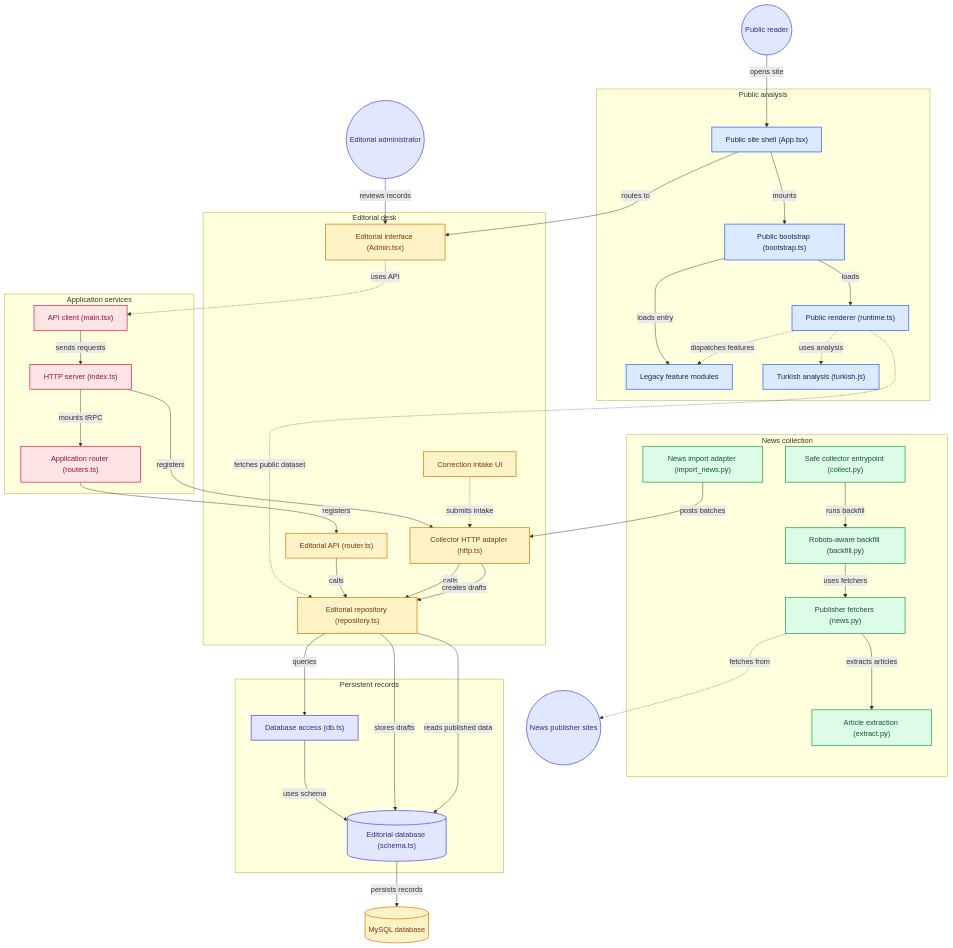
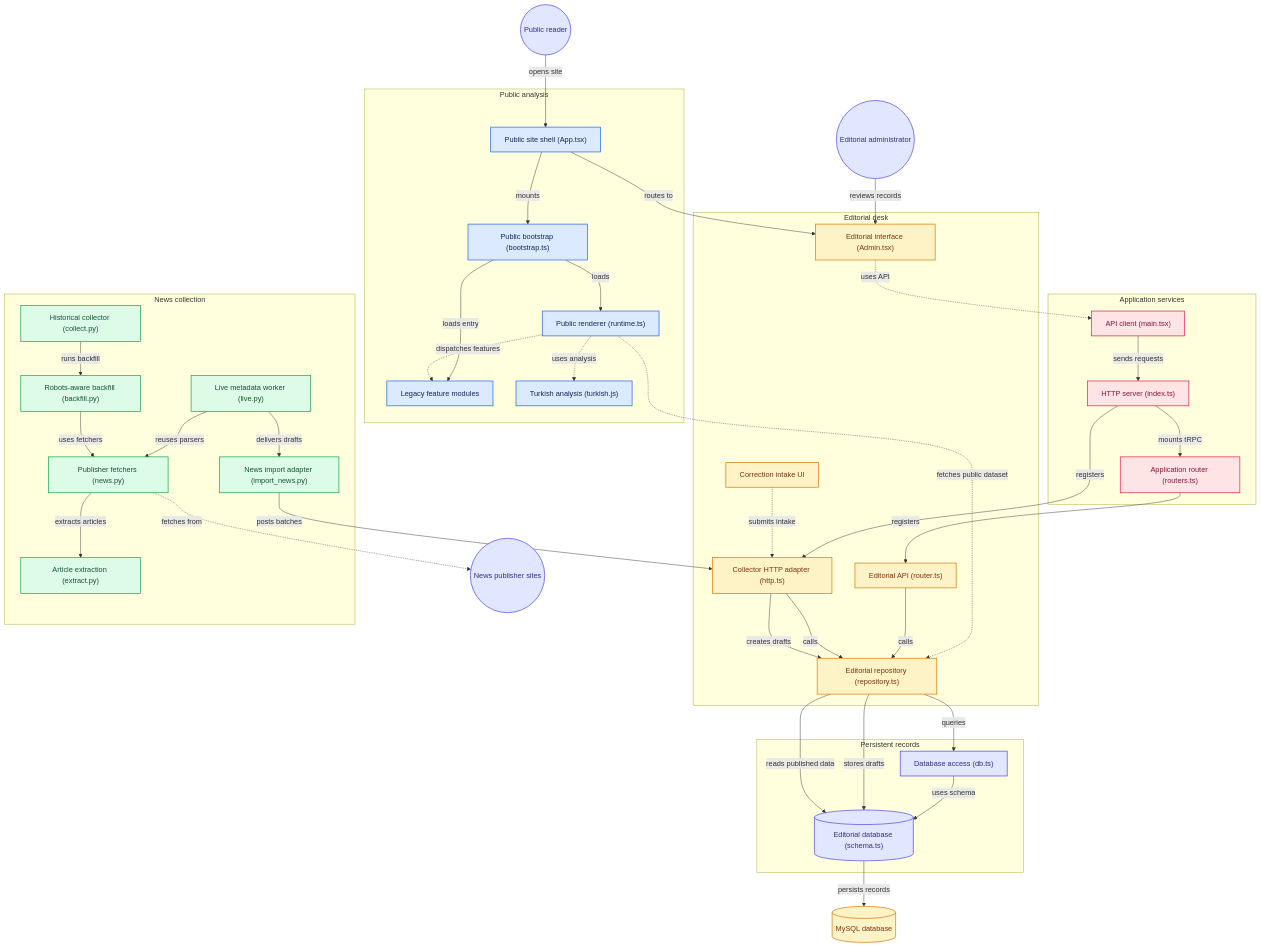
Before and after one commit to aylinunel/caprazmanset-oct26: the diagram in README.md, drawn with Mermaid. The commit also changed other lines of this file and 13 other files, not shown here.

````diff
--- a/README.md
+++ b/README.md
@@ -23,7 +23,8 @@
 end
 
 subgraph group_collection["News collection"]
-  node_collector["Safe collector entrypoint (collect.py)"]
+  node_collector["Historical collector (collect.py)"]
+  node_live_collector["Live metadata worker (live.py)"]
   node_backfill["Robots-aware backfill (backfill.py)"]
   node_news["Publisher fetchers (news.py)"]
   node_extract["Article extraction (extract.py)"]
@@ -67,6 +68,8 @@
 node_records -->|"persists records"| node_mysql
 node_correction_ui -.->|"submits intake"| node_editorial_http
 node_collector -->|"runs backfill"| node_backfill
+node_live_collector -->|"reuses parsers"| node_news
+node_live_collector -->|"delivers drafts"| node_importer
 node_backfill -->|"uses fetchers"| node_news
 node_news -->|"extracts articles"| node_extract
 node_news -.->|"fetches from"| node_publisher
@@ -84,7 +87,7 @@
 classDef toneTeal fill:#ccfbf1,stroke:#0f766e,stroke-width:1.5px,color:#134e4a
 class node_public_app,node_public_bootstrap,node_public_runtime,node_legacy_features,node_analysis toneBlue
 class node_admin_ui,node_correction_ui,node_editorial_router,node_editorial_http,node_repository,node_mysql toneAmber
-class node_collector,node_backfill,node_news,node_extract,node_importer toneMint
+class node_collector,node_live_collector,node_backfill,node_news,node_extract,node_importer toneMint
 class node_api_client,node_server_entry,node_app_router toneRose
 class node_db_access,node_records,node_reader,node_admin,node_publisher toneIndigo
 ```
````
